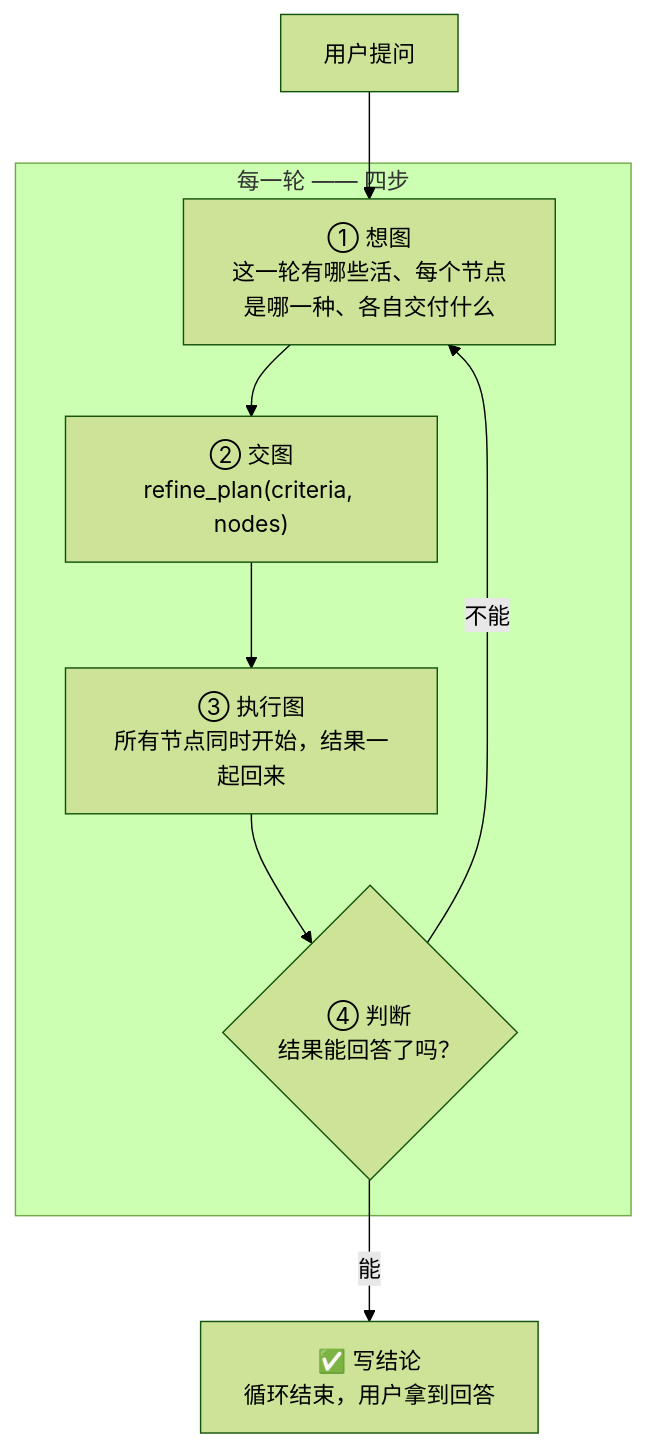
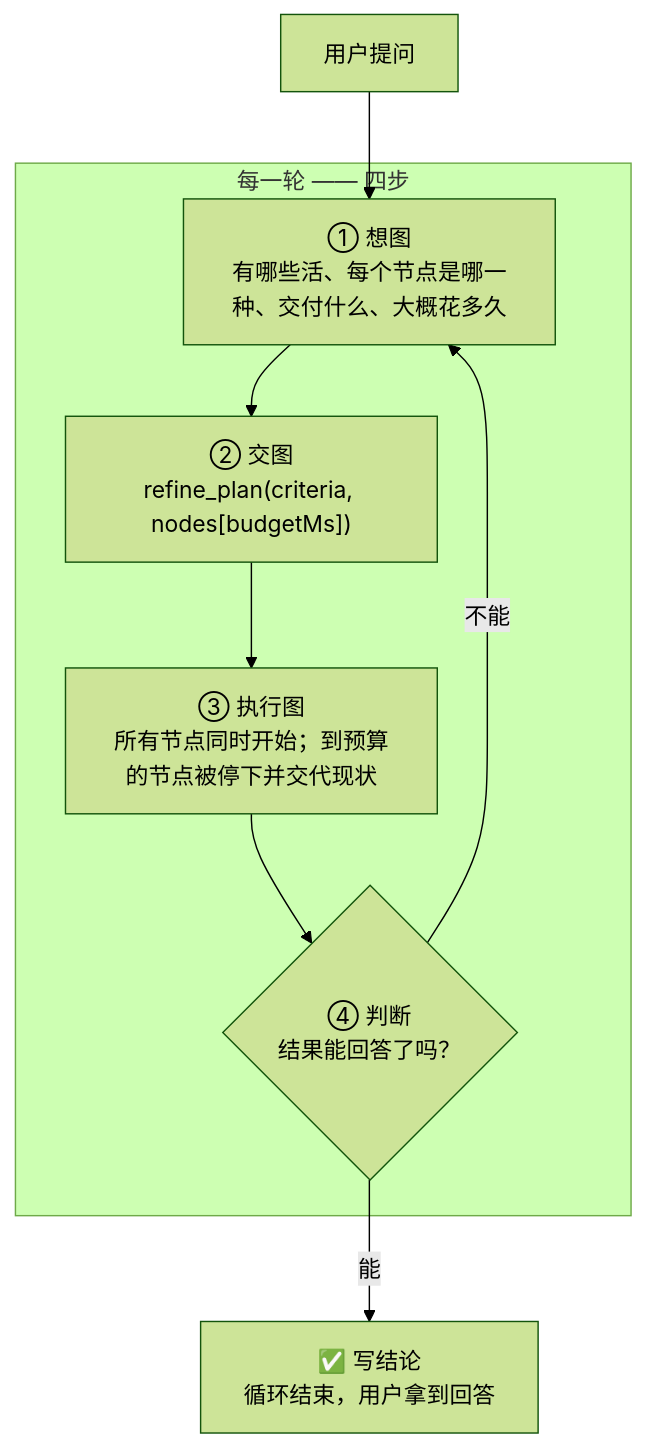
One commit to zyn19940107/dsh-conductor changed the first of 3 diagrams in README.md. Above: the diagram before and after it, drawn with Mermaid (forest theme). The commit also changed other lines of this file, not shown here.

First line of the commit message:
README: 顶部"一句话"的两张图同步成 v2.3 的流程

````diff
--- a/README.md
+++ b/README.md
@@ -14,13 +15,13 @@
 ```mermaid
 flowchart TD
     U["用户提问"] --> R1
 
     subgraph ROUND["每一轮 —— 四步"]
-      R1["① 想图<br/>这一轮有哪些活、每个节点是哪一种、各自交付什么"] --> R2["② 交图<br/>refine_plan(criteria, nodes)"]
-      R2 --> R3["③ 执行图<br/>所有节点同时开始，结果一起回来"]
+      R1["① 想图<br/>有哪些活、每个节点是哪一种、交付什么、大概花多久"] --> R2["② 交图<br/>refine_plan(criteria, nodes[budgetMs])"]
+      R2 --> R3["③ 执行图<br/>所有节点同时开始；到预算的节点被停下并交代现状"]
       R3 --> R4{"④ 判断<br/>结果能回答了吗？"}
     end
 
     R4 -->|"能"| DONE["✅ 写结论<br/>循环结束，用户拿到回答"]
     R4 -->|"不能"| R1
 ```
````
